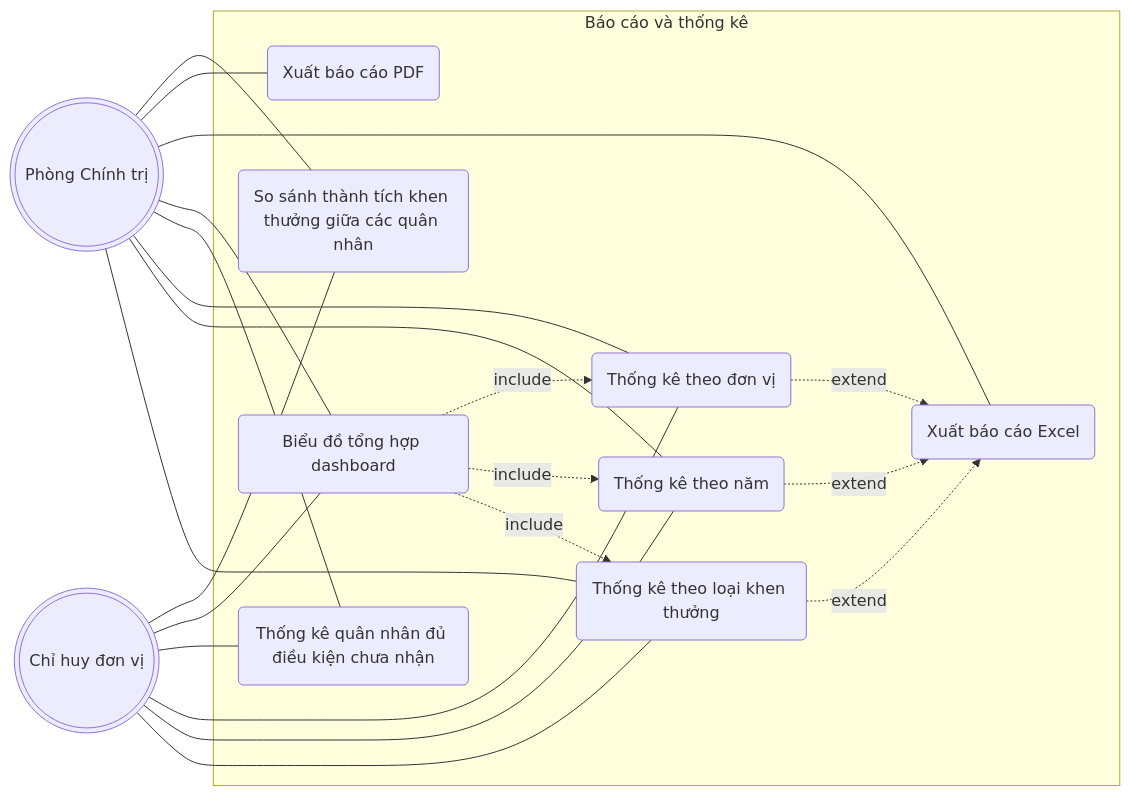
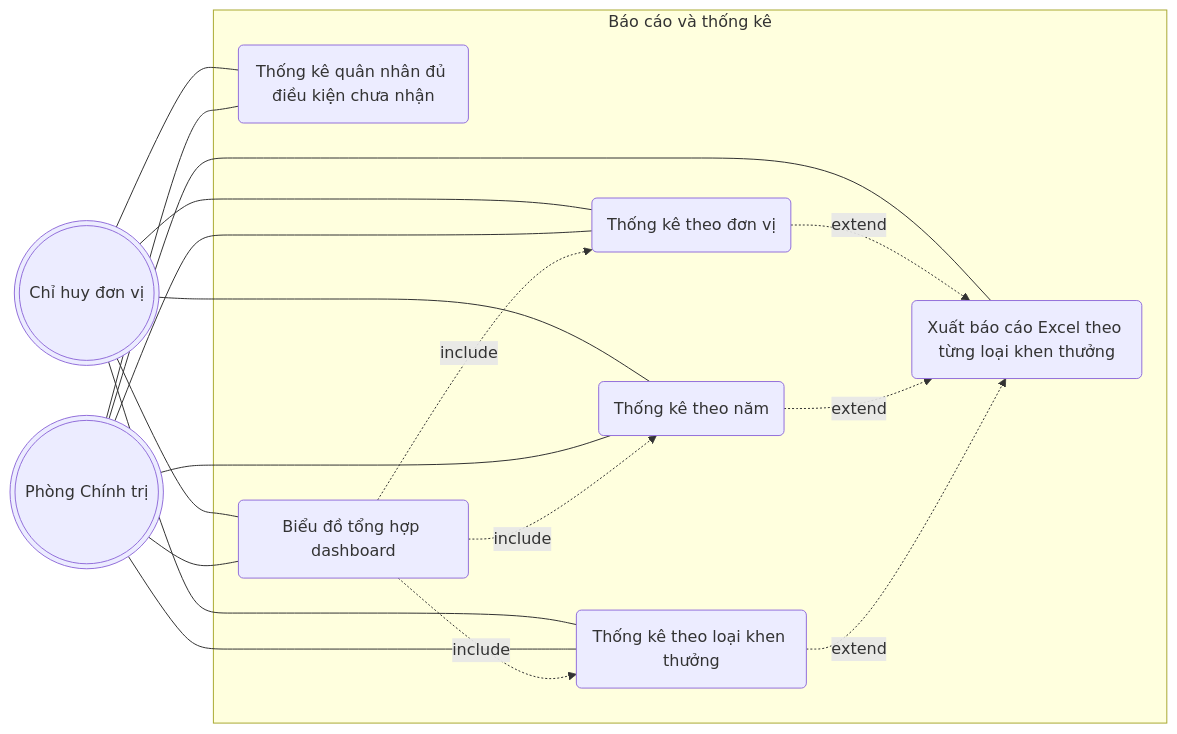
Diagram 19 of 19 in docs/diagrams/01-use-case.md (tranducbk/DATN_PM_QLKT), drawn with Mermaid before and after one commit. The commit also changed other lines of this file and 150 other files, not shown here.

First line of the commit message:
docs: thêm reading-guide comments + ERD + race conditions doc

````diff
--- a/docs/diagrams/01-use-case.md
+++ b/docs/diagrams/01-use-case.md
@@ -738,39 +919,34 @@
 ```mermaid
 flowchart LR
     AD(((Phòng Chính trị)))
     MG(((Chỉ huy đơn vị)))
 
     subgraph SYS[Báo cáo và thống kê]
         UC1(Thống kê theo loại khen thưởng)
         UC2(Thống kê theo năm)
         UC3(Thống kê theo đơn vị)
         UC4(Thống kê quân nhân đủ điều kiện chưa nhận)
         UC5(Biểu đồ tổng hợp dashboard)
-        UC6(Xuất báo cáo Excel)
-        UC7(Xuất báo cáo PDF)
-        UC8(So sánh thành tích khen thưởng giữa các quân nhân)
+        UC6(Xuất báo cáo Excel theo từng loại khen thưởng)
 
         UC5 -.->|include| UC1
         UC5 -.->|include| UC2
         UC5 -.->|include| UC3
         UC1 -.->|extend| UC6
         UC2 -.->|extend| UC6
         UC3 -.->|extend| UC6
     end
 
     AD --- UC1
     AD --- UC2
     AD --- UC3
     AD --- UC4
     AD --- UC5
     AD --- UC6
-    AD --- UC7
-    AD --- UC8
 
     MG --- UC1
     MG --- UC2
     MG --- UC3
     MG --- UC4
     MG --- UC5
-    MG --- UC8
 ```
````
